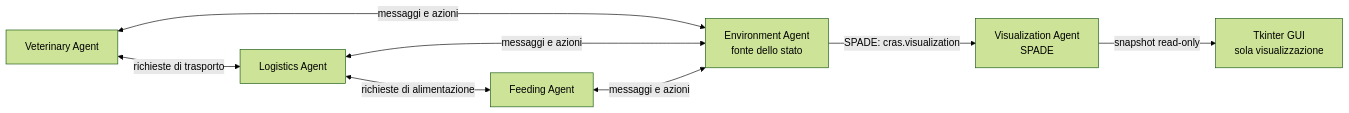
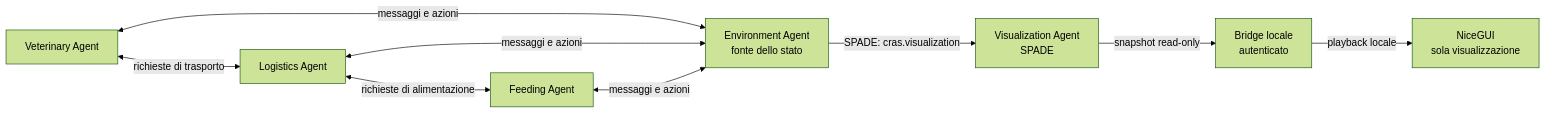
The diagram in docs/01_architettura_proposta.md (Isabibbi/tamagotchi-wild-edition), drawn with Mermaid (forest theme) before and after one commit. The commit also changed other lines of this file and 14 other files, not shown here.

Commit message:
Replace desktop GUI with NiceGUI dashboard

````diff
--- a/docs/01_architettura_proposta.md
+++ b/docs/01_architettura_proposta.md
@@ -22,17 +23,19 @@
 ```mermaid
 flowchart LR
     V["Veterinary Agent"]
     L["Logistics Agent"]
     F["Feeding Agent"]
     E["Environment Agent\nfonte dello stato"]
     X["Visualization Agent\nSPADE"]
-    G["Tkinter GUI\nsola visualizzazione"]
+    B["Bridge locale\nautenticato"]
+    G["NiceGUI\nsola visualizzazione"]
 
     V <-->|"messaggi e azioni"| E
     L <-->|"messaggi e azioni"| E
     F <-->|"messaggi e azioni"| E
     V <-->|"richieste di trasporto"| L
     L <-->|"richieste di alimentazione"| F
     E -->|"SPADE: cras.visualization"| X
-    X -->|"snapshot read-only"| G
+    X -->|"snapshot read-only"| B
+    B -->|"playback locale"| G
 ```
````
